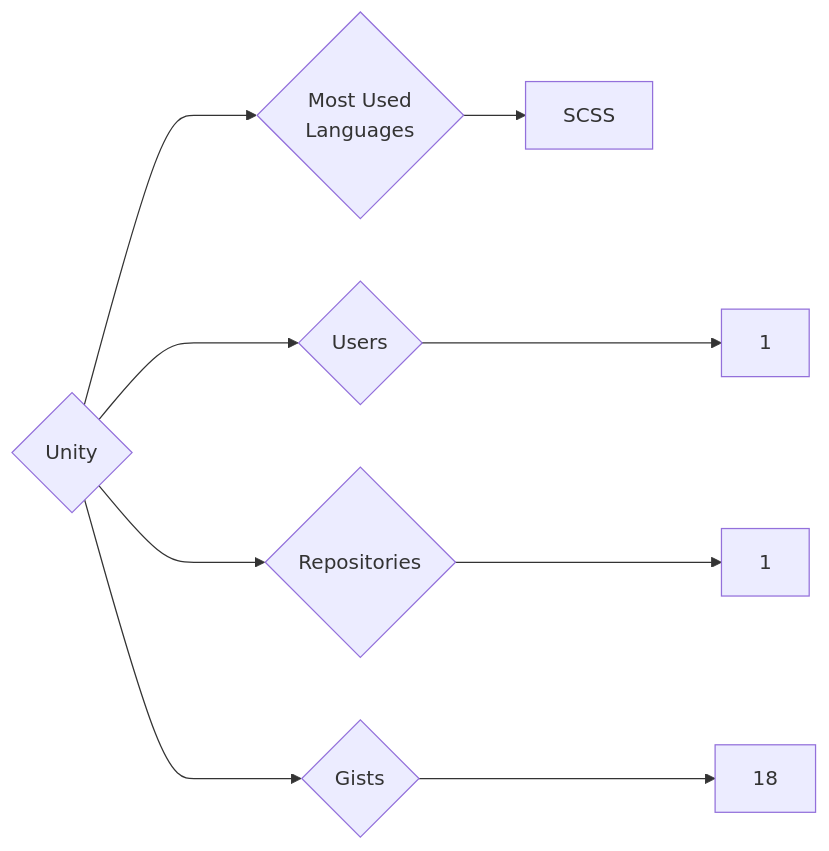
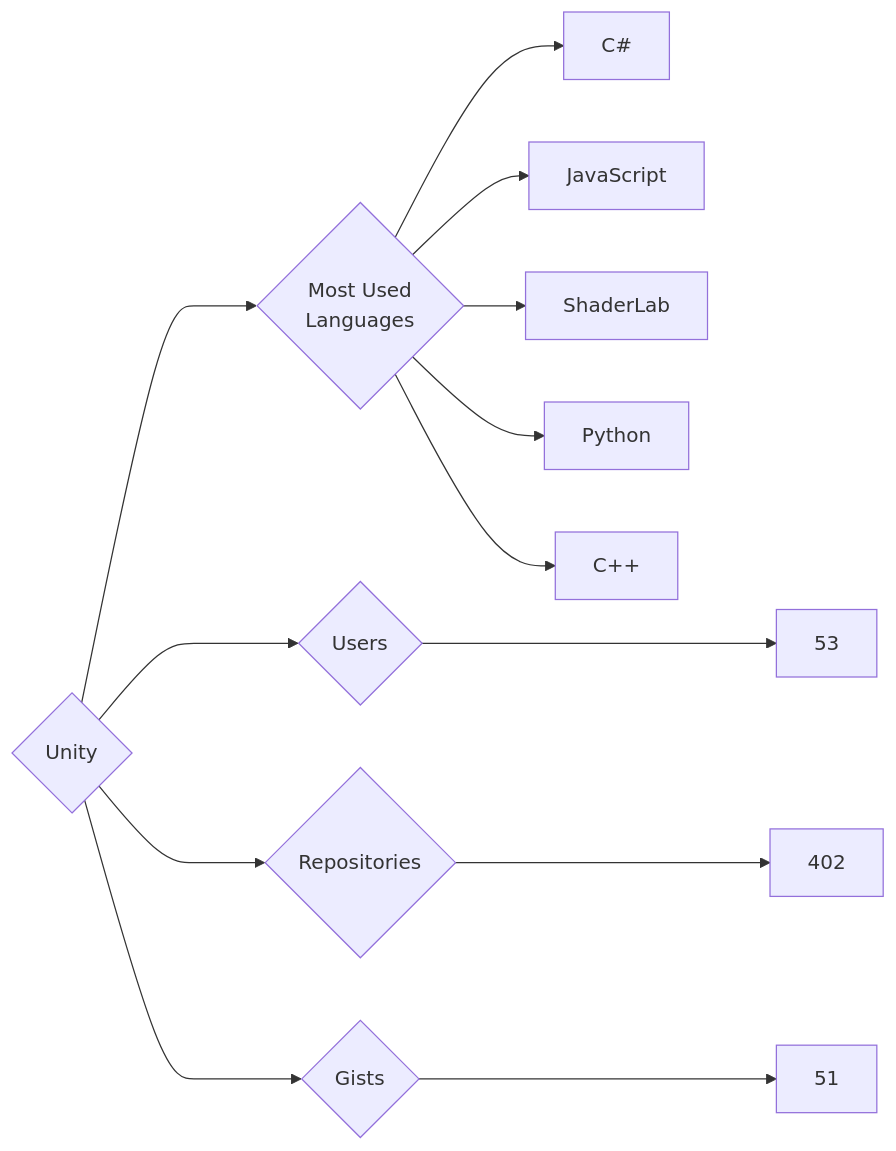
One commit to trickest/insiders changed the diagram in targets/Unity/README.md. Above: the diagram before and after it, drawn with Mermaid. The commit also changed 835 other files, not shown here.

````diff
--- a/targets/Unity/README.md
+++ b/targets/Unity/README.md
@@ -3,9 +3,13 @@
 ```mermaid
 graph LR
 COMPANY_NAME{Unity}
-COMPANY_NAME ---> U{Users} ---> UN[1]
-COMPANY_NAME ---> R{Repositories} ---> RN[1]
-COMPANY_NAME ---> G{Gists} ---> GN[18]
+COMPANY_NAME ---> U{Users} ---> UN[53]
+COMPANY_NAME ---> R{Repositories} ---> RN[402]
+COMPANY_NAME ---> G{Gists} ---> GN[51]
 COMPANY_NAME ---> ML{Most Used<br>Languages}
-ML --> SCSS[SCSS]
+ML --> C#[C#]
+ML --> JavaScript[JavaScript]
+ML --> ShaderLab[ShaderLab]
+ML --> Python[Python]
+ML --> C++[C++]
 ```
````
